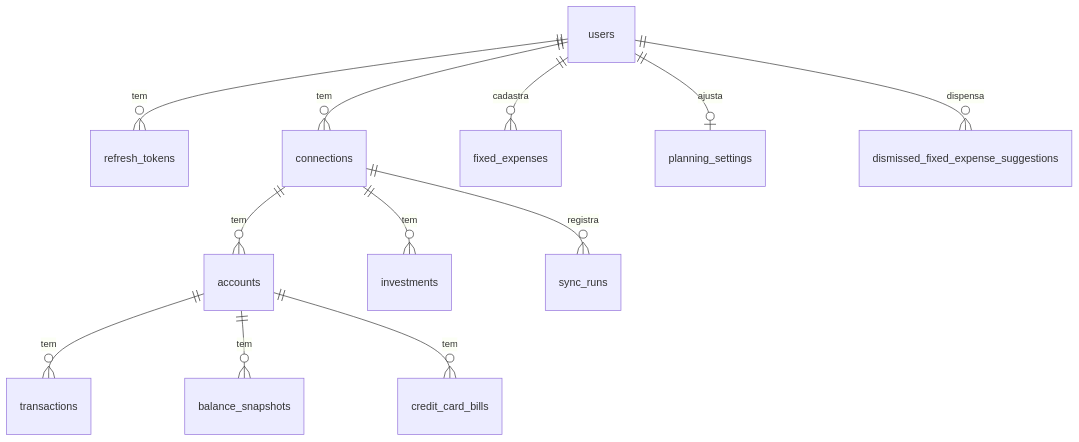
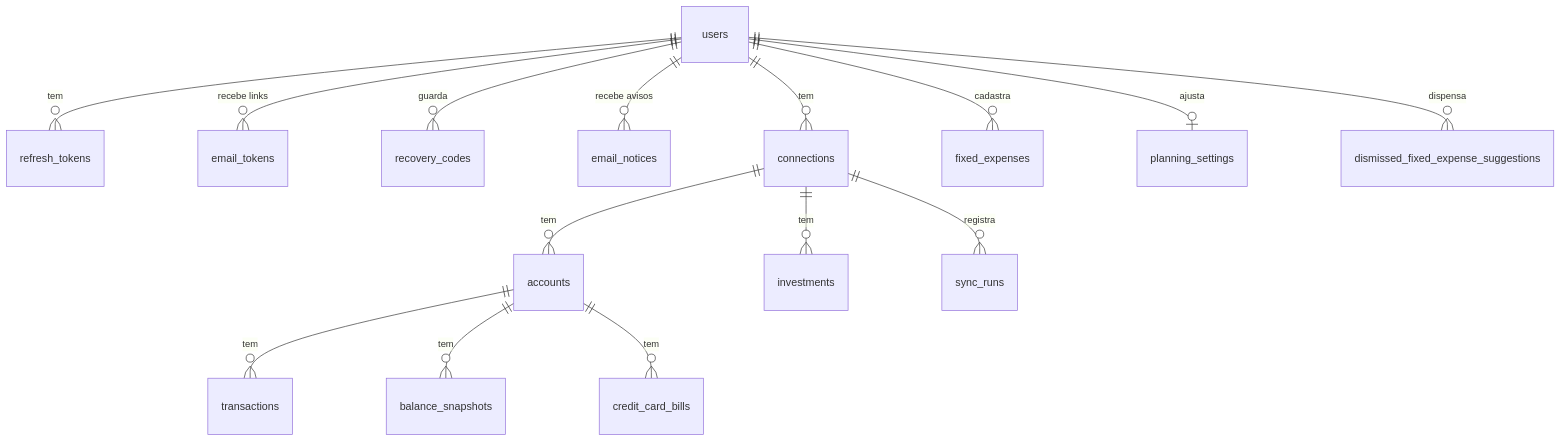
One commit to rafaeldossanto/Wallet changed the diagram in Docs/Arquitetura/Modelo de Dados.md. Above: the diagram before and after it, drawn with Mermaid. The commit also changed other lines of this file and 5 other files, not shown here.

````diff
--- a/Docs/Arquitetura/Modelo de Dados.md
+++ b/Docs/Arquitetura/Modelo de Dados.md
@@ -11,14 +11,17 @@
 ```mermaid
 erDiagram
     users ||--o{ refresh_tokens : "tem"
+    users ||--o{ email_tokens : "recebe links"
+    users ||--o{ recovery_codes : "guarda"
+    users ||--o{ email_notices : "recebe avisos"
     users ||--o{ connections : "tem"
     users ||--o{ fixed_expenses : "cadastra"
     users ||--o| planning_settings : "ajusta"
     users ||--o{ dismissed_fixed_expense_suggestions : "dispensa"
     connections ||--o{ accounts : "tem"
     connections ||--o{ investments : "tem"
     connections ||--o{ sync_runs : "registra"
     accounts ||--o{ transactions : "tem"
     accounts ||--o{ balance_snapshots : "tem"
     accounts ||--o{ credit_card_bills : "tem"
 ```
````
